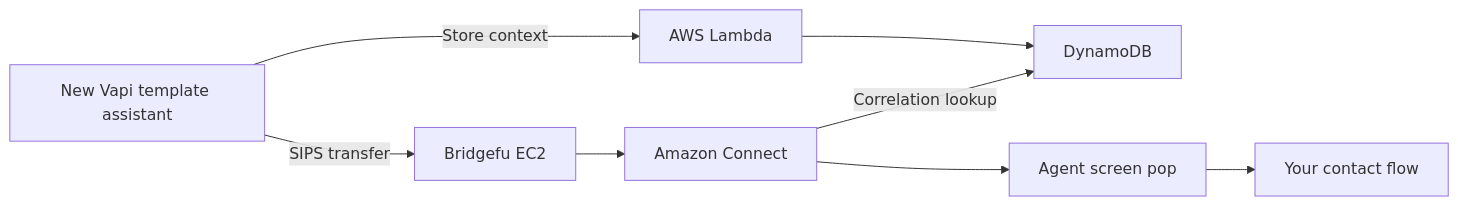
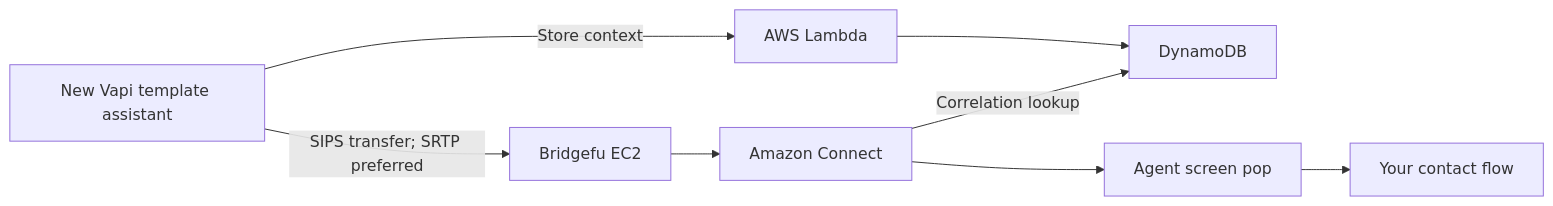
The diagram in README.md (eisenzopf/bridgefu-vapi-awsconnect), drawn with Mermaid before and after one commit. The commit also changed 70 other files, not shown here.

````diff
--- a/README.md
+++ b/README.md
@@ -7,10 +7,10 @@
 ```mermaid
 flowchart LR
     V["New Vapi template assistant"] -->|"Store context"| L["AWS Lambda"]
     L --> D["DynamoDB"]
-    V -->|"SIPS transfer"| B["Bridgefu EC2"]
+    V -->|"SIPS transfer; SRTP preferred"| B["Bridgefu EC2"]
     B --> C["Amazon Connect"]
     C -->|"Correlation lookup"| D
     C --> A["Agent screen pop"]
     A --> F["Your contact flow"]
 ```
````
